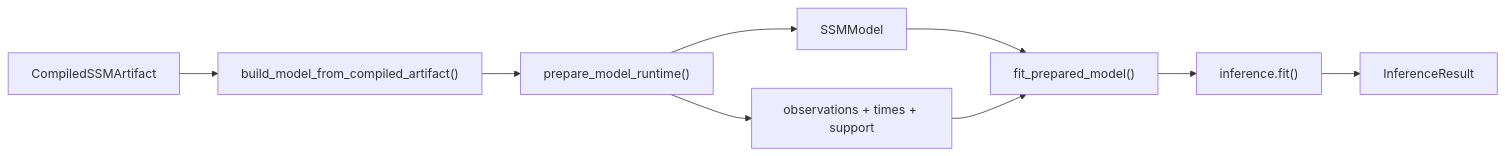
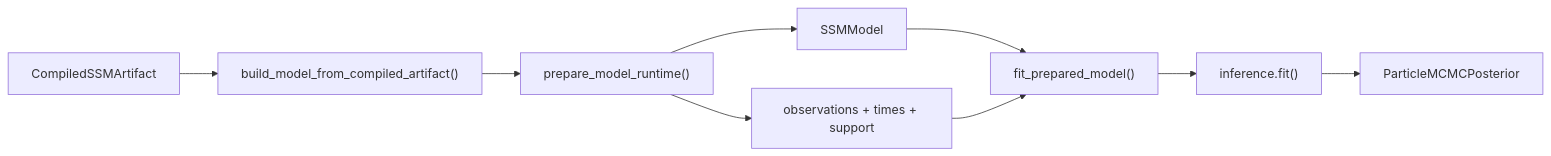
One commit to ma9o/causal-ssm-agent changed the diagram in docs/reference/estimation.md. Above: the diagram before and after it, drawn with Mermaid. The commit also changed other lines of this file and 86 other files, not shown here.

First line of the commit message:
Refactor inference and model specification tests to use ParticleMCMCPosterior

````diff
--- a/docs/reference/estimation.md
+++ b/docs/reference/estimation.md
@@ -99,11 +99,11 @@
 ```mermaid
 flowchart LR
     A["CompiledSSMArtifact"] --> B["build_model_from_compiled_artifact()"]
     B --> C["prepare_model_runtime()"]
     C --> D["SSMModel"]
     C --> E["observations + times + support"]
     D --> F["fit_prepared_model()"]
     E --> F
     F --> G["inference.fit()"]
-    G --> H["InferenceResult"]
+    G --> H["ParticleMCMCPosterior"]
 ```
````
